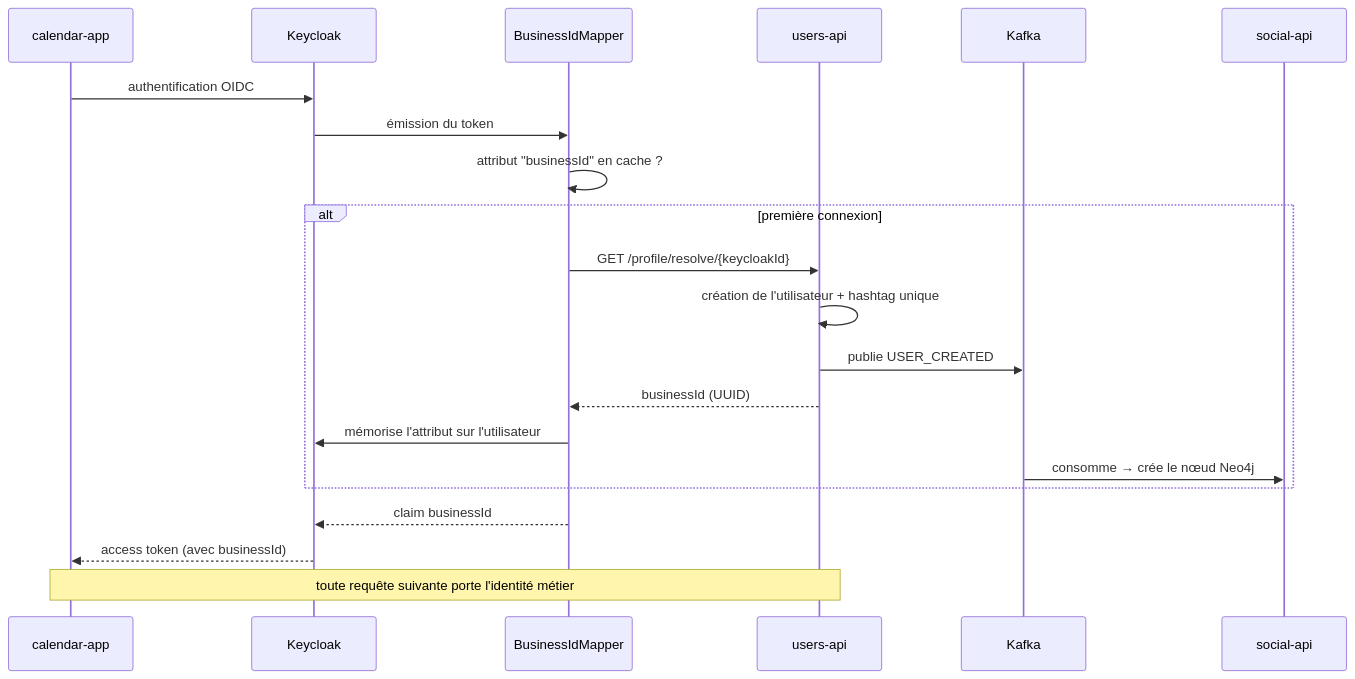
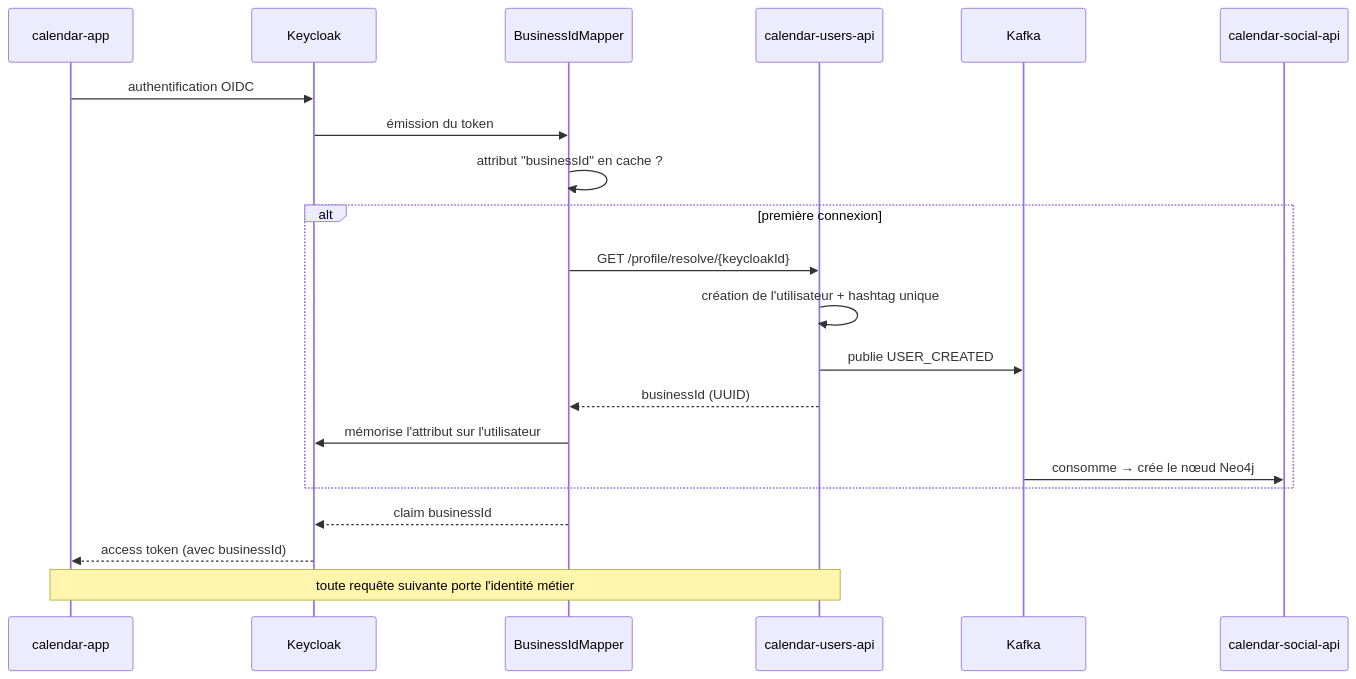
Before and after one commit to WelyLabs/wely-platform: the second of 3 diagrams in README.md, drawn with Mermaid. The commit also changed other lines of this file, not shown here.

````diff
--- a/README.md
+++ b/README.md
@@ -135,24 +135,24 @@
 ```mermaid
 sequenceDiagram
     participant FE as calendar-app
     participant KC as Keycloak
     participant M as BusinessIdMapper
-    participant U as users-api
+    participant U as calendar-users-api
     participant K as Kafka
-    participant S as social-api
+    participant S as calendar-social-api
 
     FE->>KC: authentification OIDC
     KC->>M: émission du token
     M->>M: attribut "businessId" en cache ?
     alt première connexion
         M->>U: GET /profile/resolve/{keycloakId}
         U->>U: création de l'utilisateur + hashtag unique
         U->>K: publie USER_CREATED
         U-->>M: businessId (UUID)
         M->>KC: mémorise l'attribut sur l'utilisateur
         K->>S: consomme → crée le nœud Neo4j
     end
     M-->>KC: claim businessId
     KC-->>FE: access token (avec businessId)
     Note over FE,U: toute requête suivante porte l'identité métier
 ```
````
